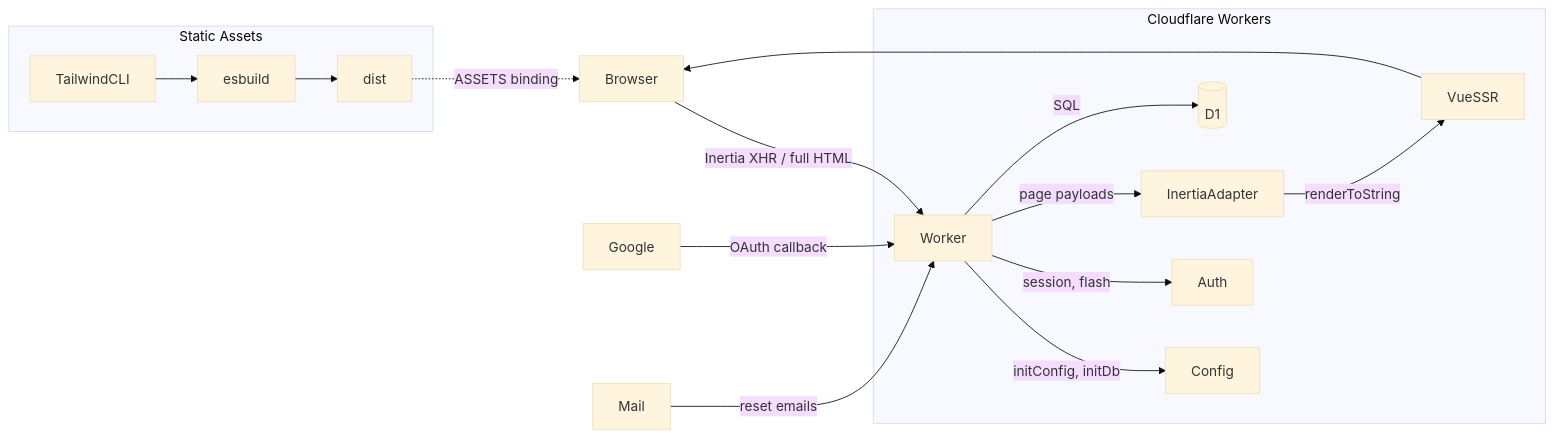
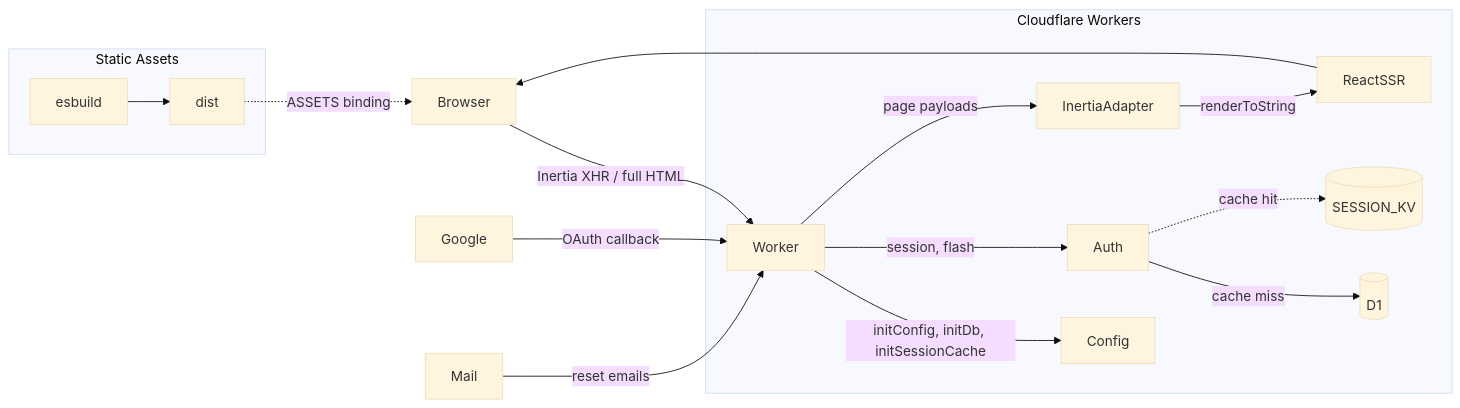
Before and after one commit to maulanashalihin/kilat: the diagram in README.md, drawn with Mermaid (base theme). The commit also changed other lines of this file and 7 other files, not shown here.

First line of the commit message:
feat: optimize session resolution + add optional KV session cache

````diff
--- a/README.md
+++ b/README.md
@@ -19,19 +16,19 @@
 ```mermaid
 flowchart LR
   Browser -->|Inertia XHR / full HTML| Worker
   subgraph Cloudflare Workers
-    Worker -->|initConfig, initDb| Config
+    Worker -->|initConfig, initDb, initSessionCache| Config
     Worker -->|session, flash| Auth
+    Auth -->|cache miss| D1[(D1)]
+    Auth -.->|cache hit| KV[(SESSION_KV)]
     Worker -->|page payloads| InertiaAdapter
-    InertiaAdapter -->|renderToString| VueSSR
-    Worker -->|SQL| D1[(D1)]
+    InertiaAdapter -->|renderToString| ReactSSR
   end
-  VueSSR --> Browser
+  ReactSSR --> Browser
   Google -->|OAuth callback| Worker
   Mail -->|reset emails| Worker
   subgraph Static Assets
-    TailwindCLI --> esbuild
     esbuild --> dist
   end
   dist -.->|ASSETS binding| Browser
 ```
````
